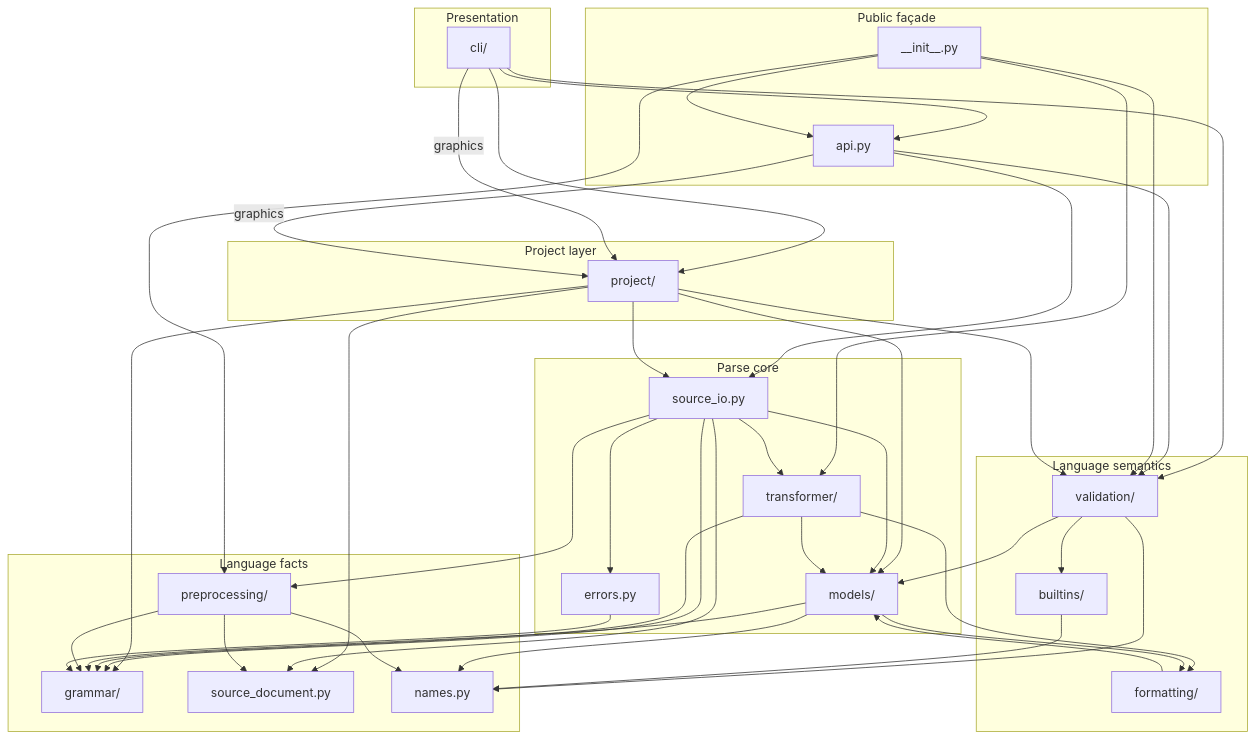
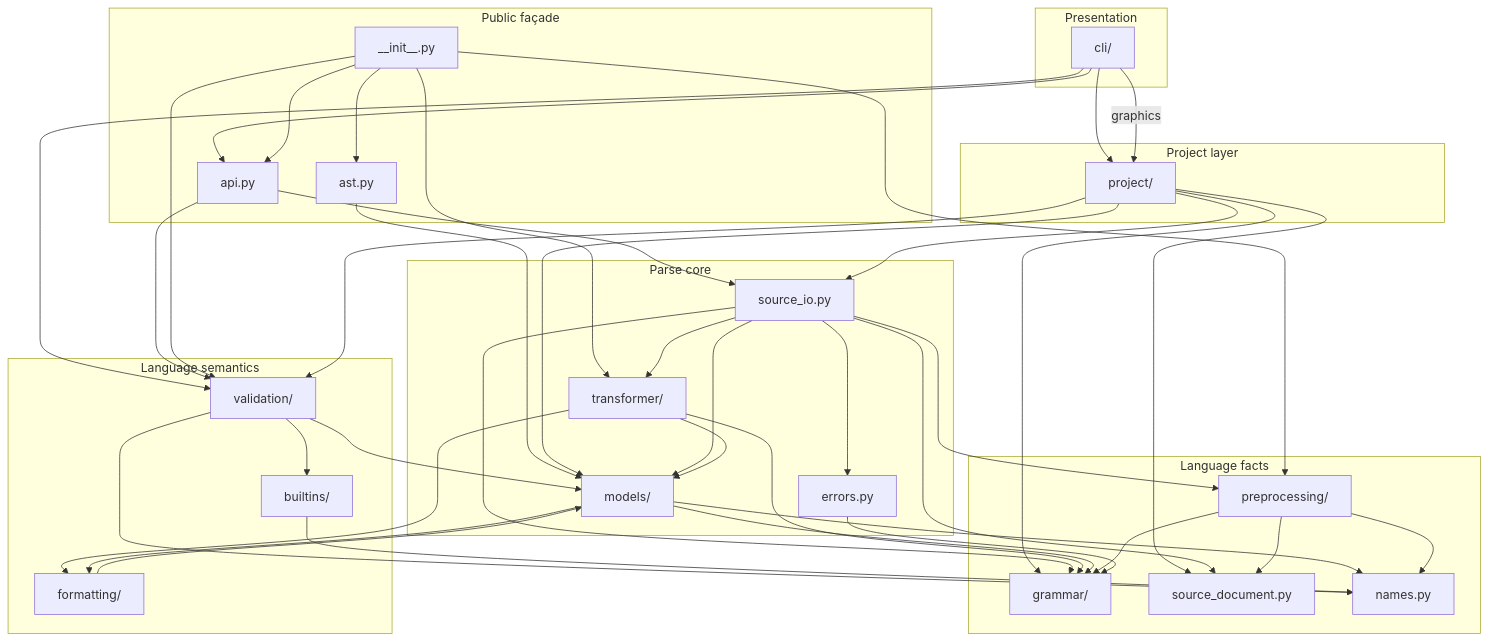
One commit to SorenHJohansen/sattline-parser changed the first of 4 diagrams in docs/architecture.md. Above: the diagram before and after it, drawn with Mermaid. The commit also changed other lines of this file and 22 other files, not shown here.

````diff
--- a/docs/architecture.md
+++ b/docs/architecture.md
@@ -9,77 +9,79 @@
 ```mermaid
 flowchart TB
     subgraph L6["Presentation"]
         CLI["cli/"]
     end
 
     subgraph L5["Public façade"]
         API["api.py"]
+        ASTSURF["ast.py"]
         INIT["__init__.py"]
     end
 
     subgraph L4["Project layer"]
         PROJECT["project/"]
     end
 
     subgraph L3["Language semantics"]
         VALIDATION["validation/"]
         BUILTINS["builtins/"]
         FORMATTING["formatting/"]
     end
 
     subgraph L2["Parse core"]
         SOURCE_IO["source_io.py"]
         TRANSFORMER["transformer/"]
         MODELS["models/"]
         ERRORS["errors.py"]
     end
 
     subgraph L1["Language facts"]
         GRAMMAR["grammar/"]
         PREPROCESS["preprocessing/"]
         SOURCE_DOC["source_document.py"]
         NAMES["names.py"]
     end
 
     CLI --> API
     CLI --> PROJECT
     CLI --> VALIDATION
     CLI -->|graphics| PROJECT
     API --> SOURCE_IO
     API --> VALIDATION
-    API -->|graphics| PROJECT
     INIT --> API
+    INIT --> ASTSURF
     INIT --> TRANSFORMER
     INIT --> PREPROCESS
     INIT --> VALIDATION
+    ASTSURF --> MODELS
 
     PROJECT --> SOURCE_IO
     PROJECT --> VALIDATION
     PROJECT --> MODELS
     PROJECT --> GRAMMAR
     PROJECT --> SOURCE_DOC
 
     VALIDATION --> MODELS
     VALIDATION --> BUILTINS
     VALIDATION --> NAMES
     BUILTINS --> NAMES
     FORMATTING --> MODELS
 
     SOURCE_IO --> TRANSFORMER
     SOURCE_IO --> MODELS
     SOURCE_IO --> ERRORS
     SOURCE_IO --> GRAMMAR
     SOURCE_IO --> PREPROCESS
     SOURCE_IO --> SOURCE_DOC
 
     TRANSFORMER --> MODELS
     TRANSFORMER --> GRAMMAR
     TRANSFORMER --> FORMATTING
     MODELS --> GRAMMAR
     MODELS --> NAMES
     MODELS --> FORMATTING
     PREPROCESS --> SOURCE_DOC
     PREPROCESS --> GRAMMAR
     PREPROCESS --> NAMES
     ERRORS --> GRAMMAR
 ```
````
